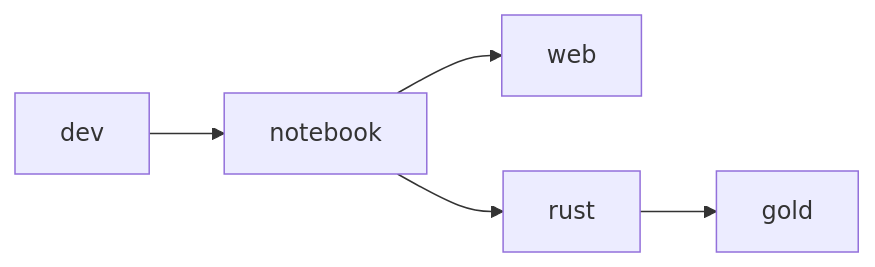
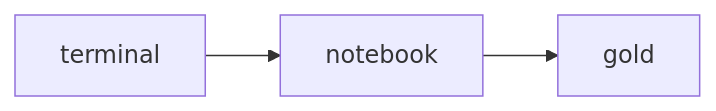
Before and after one commit to jhwohlgemuth/gold: the diagram in ARCHITECTURE.md, drawn with Mermaid. The commit also changed other lines of this file and 56 other files, not shown here.

Commit message:
feat: Massive refactor that adds non-root user; renames images; removes web and rust images and most jupyter kernels; adds marimo service

````diff
--- a/ARCHITECTURE.md
+++ b/ARCHITECTURE.md
@@ -16,7 +19,5 @@
 ```mermaid
 graph LR
-    dev --> notebook
-    notebook --> web
-    notebook --> rust
-    rust --> gold
+    terminal --> notebook
+    notebook --> gold
 ```
````
